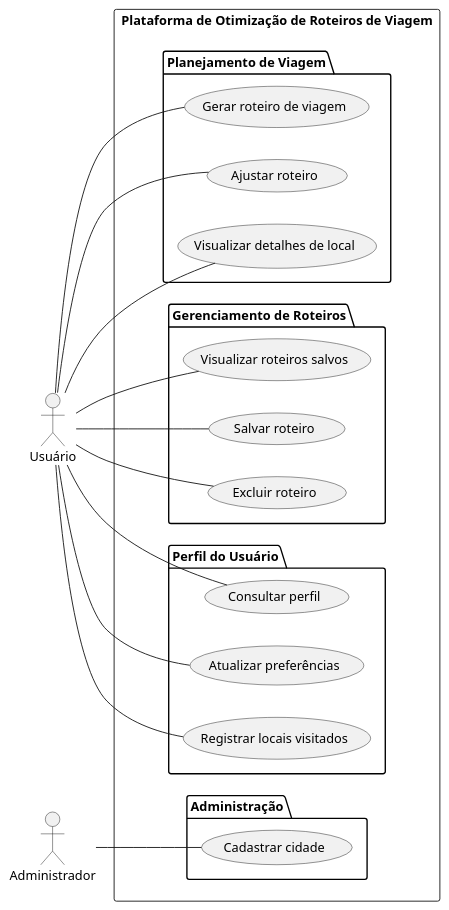
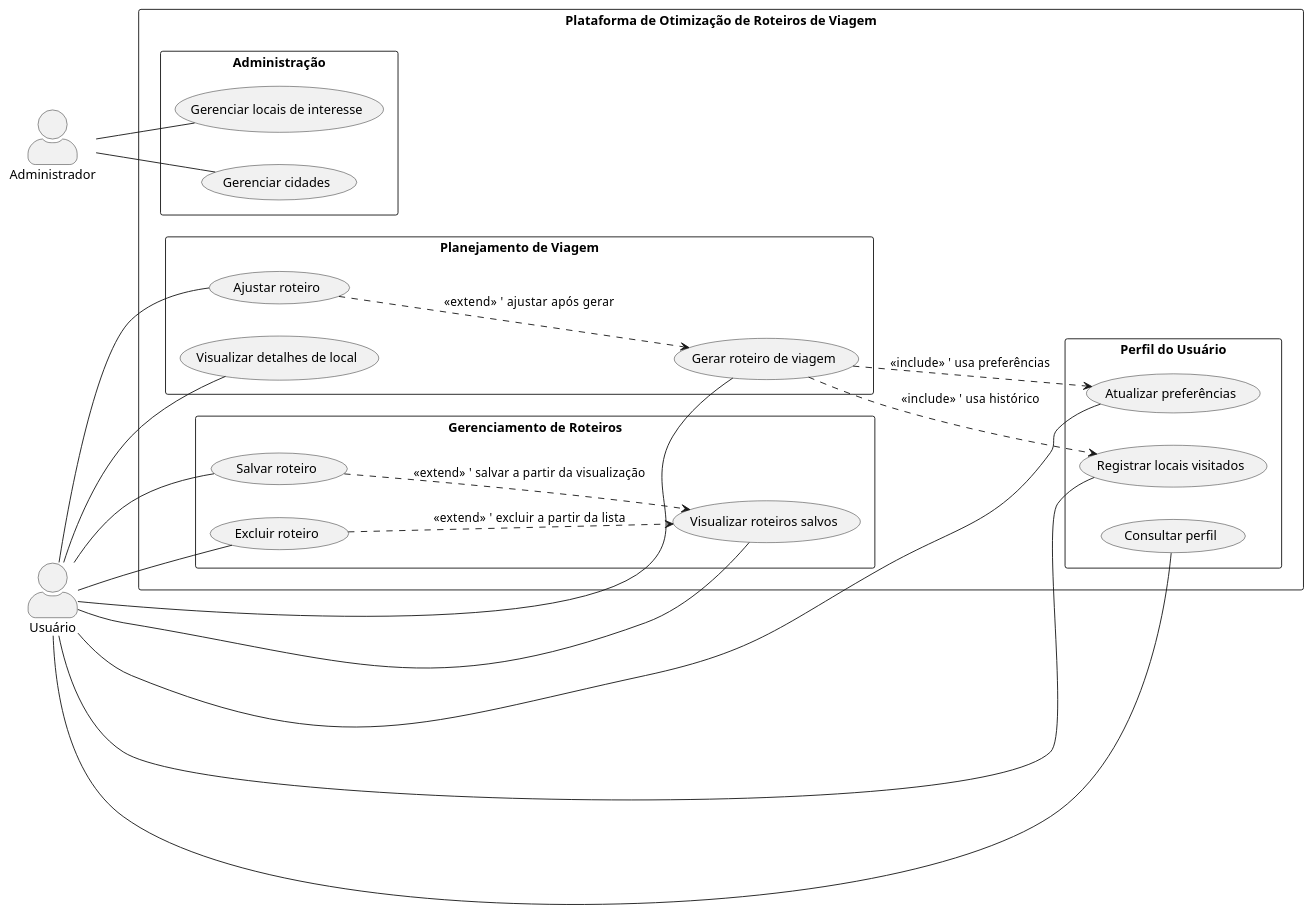
One commit to Engomadinhos-de-Salmourao/Grafos changed the diagram in Projeto/Documentação/02 - Casos de Uso/Casos de Uso.md. Above: the diagram before and after it, drawn with PlantUML. The commit also changed other lines of this file, not shown here.

Commit message:
Update Casos de Uso.md

```diff
--- a/Projeto/Documentação/02 - Casos de Uso/Casos de Uso.md
+++ b/Projeto/Documentação/02 - Casos de Uso/Casos de Uso.md
@@ -1,44 +1,59 @@
 @startuml
 left to right direction
+skinparam packageStyle rectangle
+skinparam shadowing false
+skinparam actorStyle awesome
 
 actor "Usuário" as Usuario
 actor "Administrador" as Admin
 
 rectangle "Plataforma de Otimização de Roteiros de Viagem" {
 
-package "Planejamento de Viagem" { 
- usecase "Gerar roteiro de viagem" as UC1 
- usecase "Ajustar roteiro" as UC2 
- usecase "Visualizar detalhes de local" as UC3 
+  package "Planejamento de Viagem" {
+    usecase "Gerar roteiro de viagem" as UC1
+    usecase "Ajustar roteiro" as UC2
+    usecase "Visualizar detalhes de local" as UC3
+  }
+
+  package "Gerenciamento de Roteiros" {
+    usecase "Visualizar roteiros salvos" as UC4
+    usecase "Salvar roteiro" as UC5
+    usecase "Excluir roteiro" as UC6
+  }
+
+  package "Perfil do Usuário" {
+    usecase "Consultar perfil" as UC7
+    usecase "Atualizar preferências" as UC8
+    usecase "Registrar locais visitados" as UC9
+  }
+
+  package "Administração" {
+    usecase "Gerenciar cidades" as UC10
+    usecase "Gerenciar locais de interesse" as UC11
+  }
 }
 
-package "Gerenciamento de Roteiros" { 
- usecase "Visualizar roteiros salvos" as UC4 
- usecase "Salvar roteiro" as UC5 
- usecase "Excluir roteiro" as UC6 
-}
-
-package "Perfil do Usuário" { 
- usecase "Consultar perfil" as UC7
- usecase "Atualizar preferências" as UC8 
- usecase "Registrar locais visitados" as UC9 
-}
-
-package "Administração" { 
- usecase "Cadastrar cidade" as UC10 
-} 
-}
-
+' --- Associações Usuário ---
 Usuario -- UC1
 Usuario -- UC2
-Usuario -- UC3 
-Usuario -- UC4 
-Usuario -- UC5 
-Usuario -- UC6 
-Usuario -- UC7 
-Usuario -- UC8 
+Usuario -- UC3
+Usuario -- UC4
+Usuario -- UC5
+Usuario -- UC6
+Usuario -- UC7
+Usuario -- UC8
 Usuario -- UC9
 
+' --- Associações Admin ---
 Admin -- UC10
+Admin -- UC11
+
+' --- Relacionamentos ---
+UC1 ..> UC8 : <<include>>   ' usa preferências
+UC1 ..> UC9 : <<include>>   ' usa histórico
+
+UC2 ..> UC1 : <<extend>>    ' ajustar após gerar
+UC5 ..> UC4 : <<extend>>    ' salvar a partir da visualização
+UC6 ..> UC4 : <<extend>>    ' excluir a partir da lista
 
 @enduml
```
